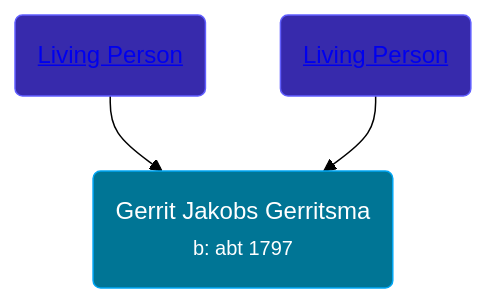
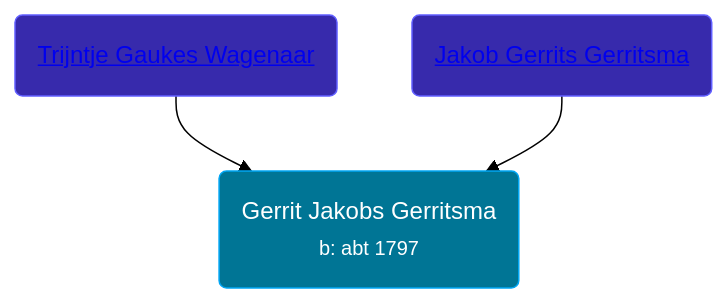
The diagram in pages/people/1/16313438.md (wpmgotkh/wpmgotkh.github.io), drawn with Mermaid (forest theme) before and after one commit. The commit also changed other lines of this file and 586 other files, not shown here.

Commit message:
feat: better shouldConsiderPersonLiving algo

````diff
--- a/pages/people/1/16313438.md
+++ b/pages/people/1/16313438.md
@@ -10,9 +10,9 @@
 ```mermaid
 graph
 classDef grands fill:#193cb8,stroke:#2b7fff,stroke-width:1px,color:#fff;
 classDef parents fill:#372aac,stroke:#615fff,stroke-width:1px,color:#fff;
 classDef primary fill:#007595,stroke:#00a6f4,stroke-width:1px,color:#fff;
 16313438(Gerrit Jakobs Gerritsma<br /><small>b: abt 1797</small>):::primary
-14777083(<a class="text-white" href="/people/1/14777083">Living Person</a>):::parents-->16313438
-93636176(<a class="text-white" href="/people/9/93636176">Living Person</a>):::parents-->16313438
+14777083(<a class="text-white" href="/people/1/14777083">Trijntje Gaukes Wagenaar</a>):::parents-->16313438
+93636176(<a class="text-white" href="/people/9/93636176">Jakob Gerrits Gerritsma</a>):::parents-->16313438
 ```
````
